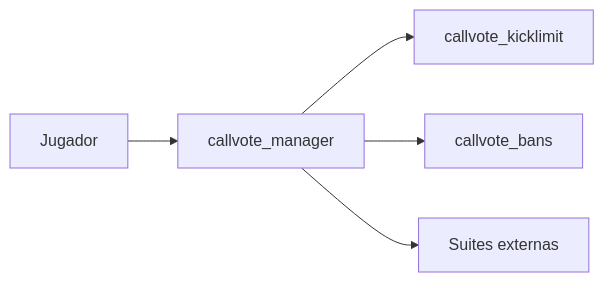
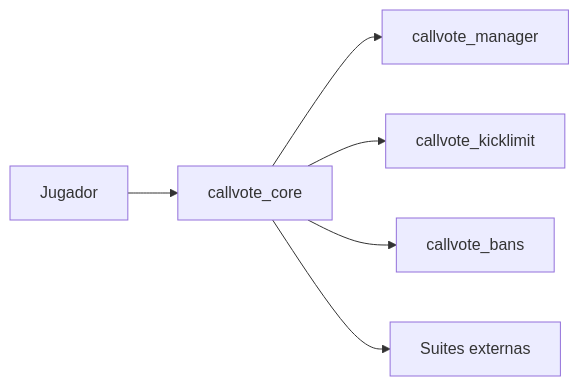
One commit to AoC-Gamers/CallVote-Manager changed the diagram in README.md. Above: the diagram before and after it, drawn with Mermaid. The commit also changed other lines of this file and 23 other files, not shown here.

First line of the commit message:
Refactor CallVote System: Migrate to callvote_core

````diff
--- a/README.md
+++ b/README.md
@@ -26,13 +27,15 @@
 ```mermaid
 flowchart LR
     Player[Jugador]
+    Core[callvote_core]
     Manager[callvote_manager]
     KickLimit[callvote_kicklimit]
     Bans[callvote_bans]
     External[Suites externas]
 
-    Player --> Manager
-    Manager --> KickLimit
-    Manager --> Bans
-    Manager --> External
+    Player --> Core
+    Core --> Manager
+    Core --> KickLimit
+    Core --> Bans
+    Core --> External
 ```
````
